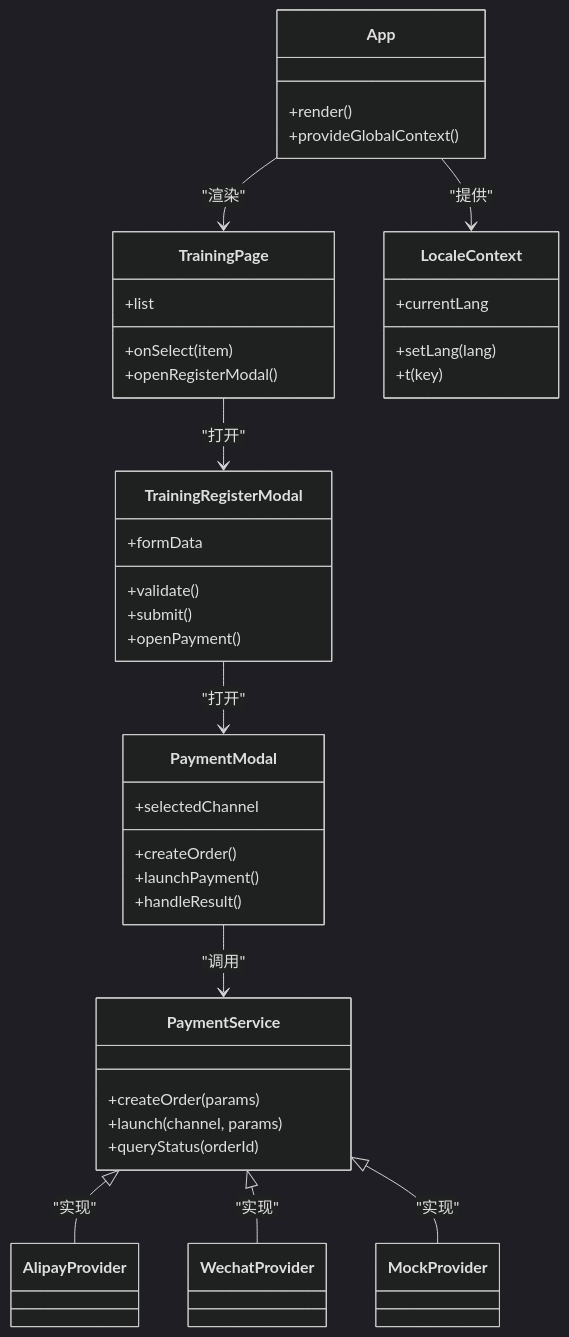
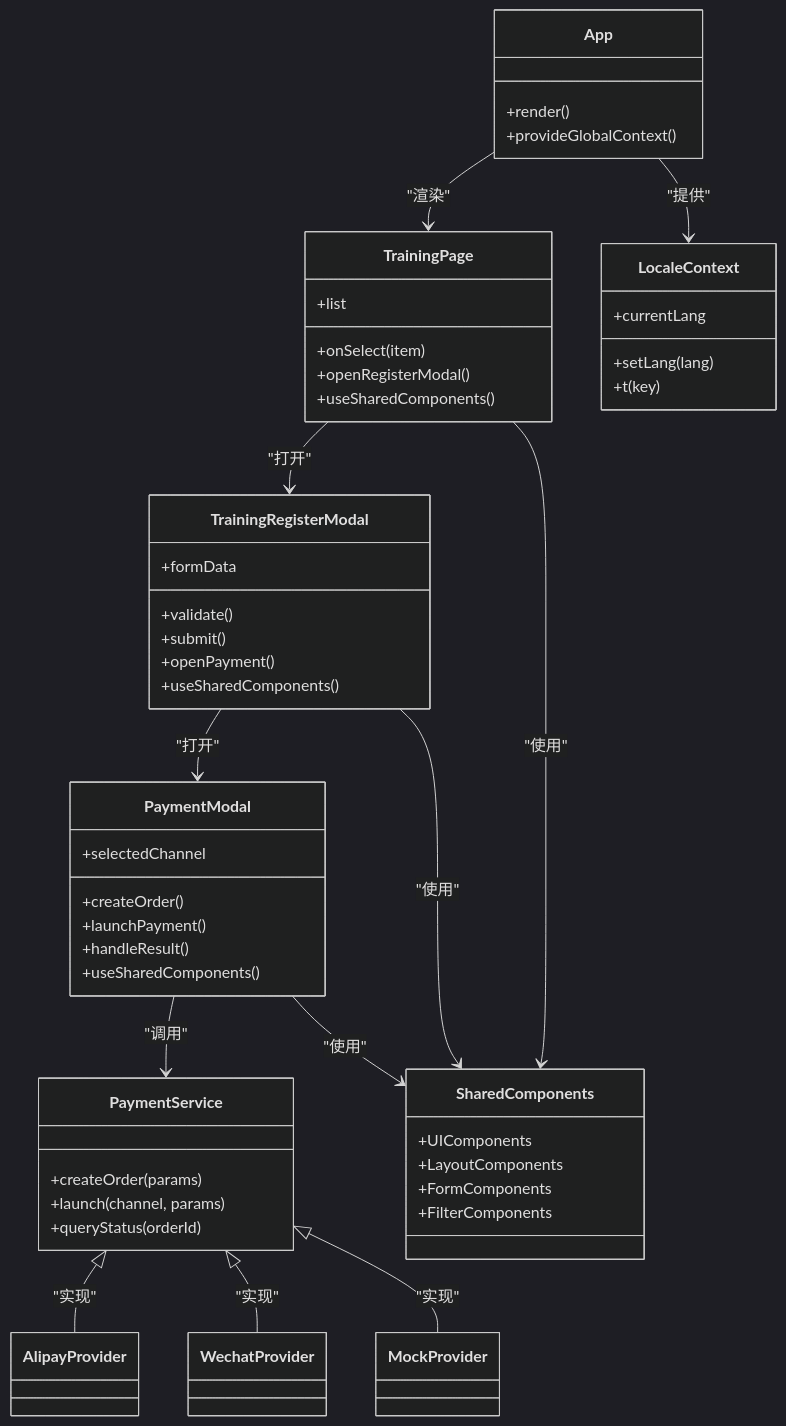
Before and after one commit to Hu-Right/supply-os: the fourth of 9 diagrams in .qoder/repowiki/zh/content/架构设计/架构设计.md, drawn with Mermaid (dark theme). The commit also changed other lines of this file and 9 other files, not shown here.

````diff
--- a/.qoder/repowiki/zh/content/架构设计/架构设计.md
+++ b/.qoder/repowiki/zh/content/架构设计/架构设计.md
@@ -209,45 +416,57 @@
 ```mermaid
 classDiagram
 class App {
 +render()
 +provideGlobalContext()
 }
 class TrainingPage {
 +list
 +onSelect(item)
 +openRegisterModal()
++useSharedComponents()
 }
 class TrainingRegisterModal {
 +formData
 +validate()
 +submit()
 +openPayment()
++useSharedComponents()
 }
 class PaymentModal {
 +selectedChannel
 +createOrder()
 +launchPayment()
 +handleResult()
++useSharedComponents()
 }
 class LocaleContext {
 +currentLang
 +setLang(lang)
 +t(key)
 }
 class PaymentService {
 +createOrder(params)
 +launch(channel, params)
 +queryStatus(orderId)
+}
+class SharedComponents {
++UIComponents
++LayoutComponents
++FormComponents
++FilterComponents
 }
 class AlipayProvider
 class WechatProvider
 class MockProvider
 App --> TrainingPage : "渲染"
 TrainingPage --> TrainingRegisterModal : "打开"
 TrainingRegisterModal --> PaymentModal : "打开"
 PaymentModal --> PaymentService : "调用"
 PaymentService <|-- AlipayProvider : "实现"
 PaymentService <|-- WechatProvider : "实现"
 PaymentService <|-- MockProvider : "实现"
 App --> LocaleContext : "提供"
+TrainingPage --> SharedComponents : "使用"
+TrainingRegisterModal --> SharedComponents : "使用"
+PaymentModal --> SharedComponents : "使用"
 ```
````
